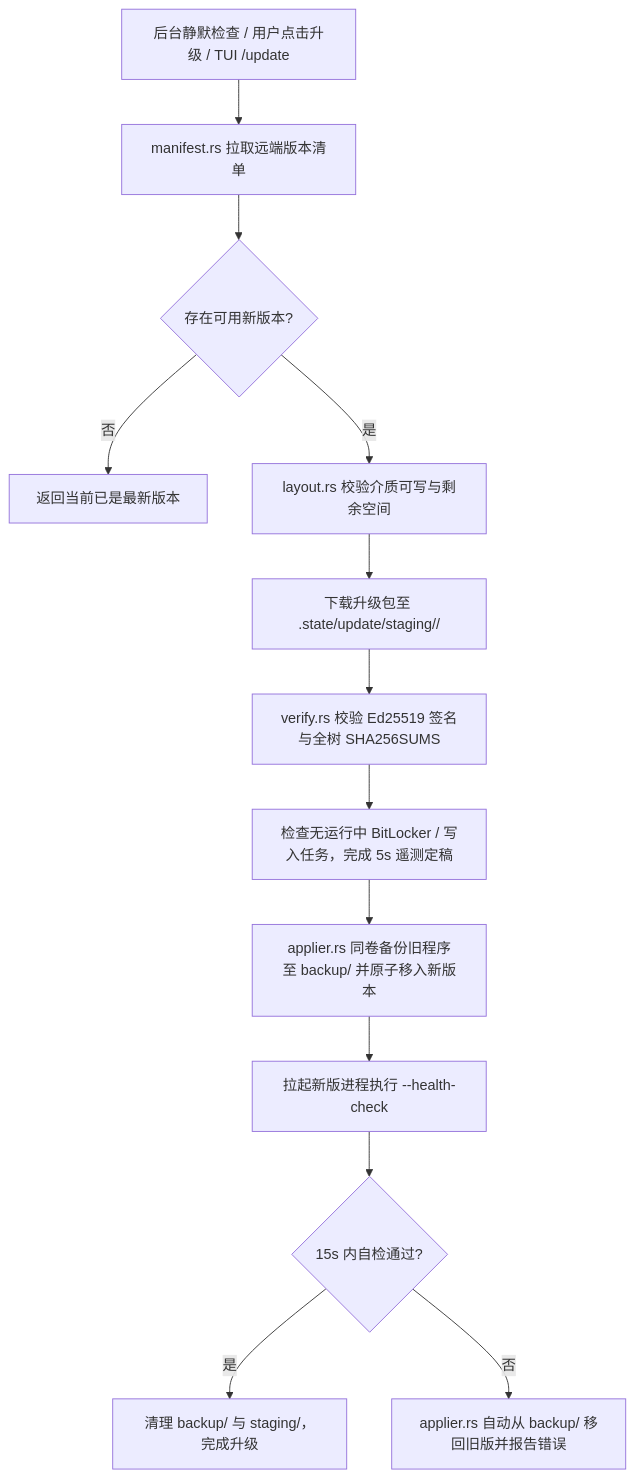
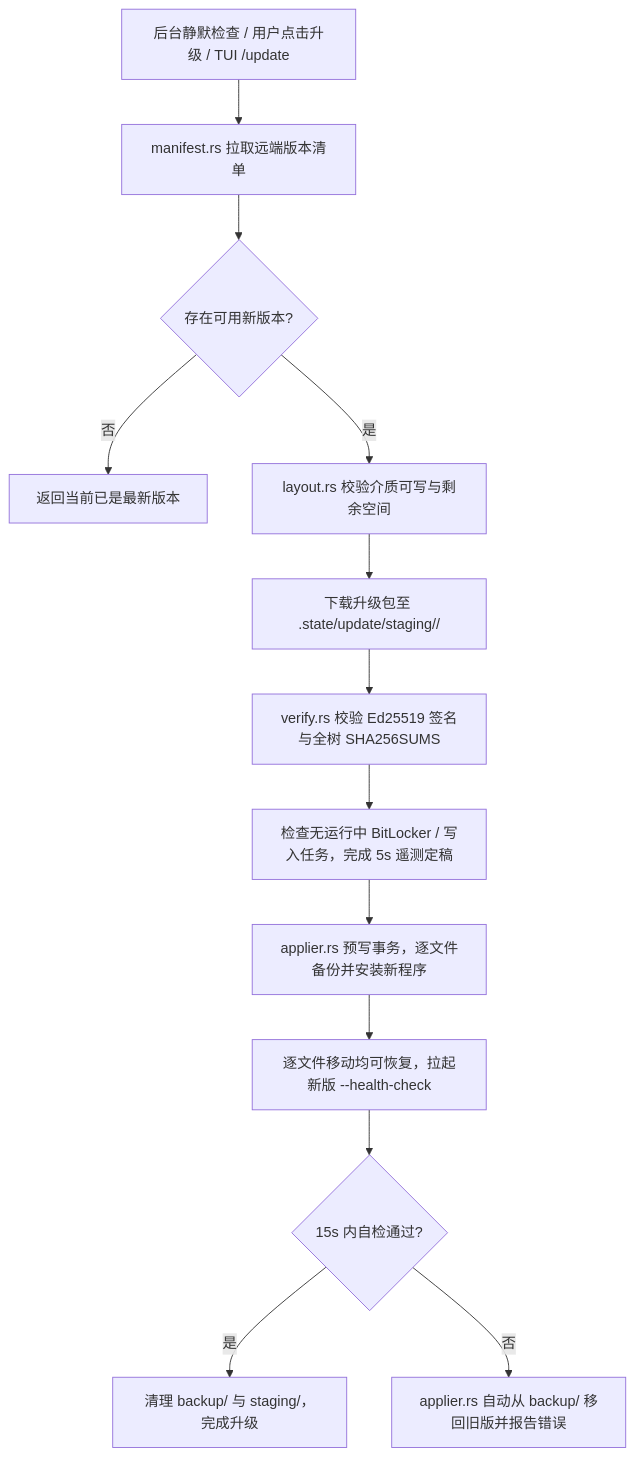
Before and after one commit to SCAU-Computer-Serving-Team/cst-pilot: the fourth of 4 diagrams in doc/rust/plan/6.cst-pilot.md, drawn with Mermaid. The commit also changed other lines of this file and 122 other files, not shown here.

````diff
--- a/doc/rust/plan/6.cst-pilot.md
+++ b/doc/rust/plan/6.cst-pilot.md
@@ -304,15 +344,15 @@
 ```mermaid
 flowchart TD
     Trigger["后台静默检查 / 用户点击升级 / TUI /update"] --> Manifest["manifest.rs 拉取远端版本清单"]
     Manifest --> HasNew{"存在可用新版本?"}
     HasNew -- "否" --> Done["返回当前已是最新版本"]
     HasNew -- "是" --> CheckEnv["layout.rs 校验介质可写与剩余空间"]
     CheckEnv --> Download["下载升级包至 .state/update/staging/<ver>/"]
     Download --> Verify["verify.rs 校验 Ed25519 签名与全树 SHA256SUMS"]
     Verify --> Guard["检查无运行中 BitLocker / 写入任务，完成 5s 遥测定稿"]
-    Guard --> Swap["applier.rs 同卷备份旧程序至 backup/ 并原子移入新版本"]
-    Swap --> Restart["拉起新版进程执行 --health-check"]
+    Guard --> Swap["applier.rs 预写事务，逐文件备份并安装新程序"]
+    Swap --> Restart["逐文件移动均可恢复，拉起新版 --health-check"]
     Restart --> Healthy{"15s 内自检通过?"}
     Healthy -- "是" --> Clean["清理 backup/ 与 staging/，完成升级"]
     Healthy -- "否" --> Rollback["applier.rs 自动从 backup/ 移回旧版并报告错误"]
 ```
````
